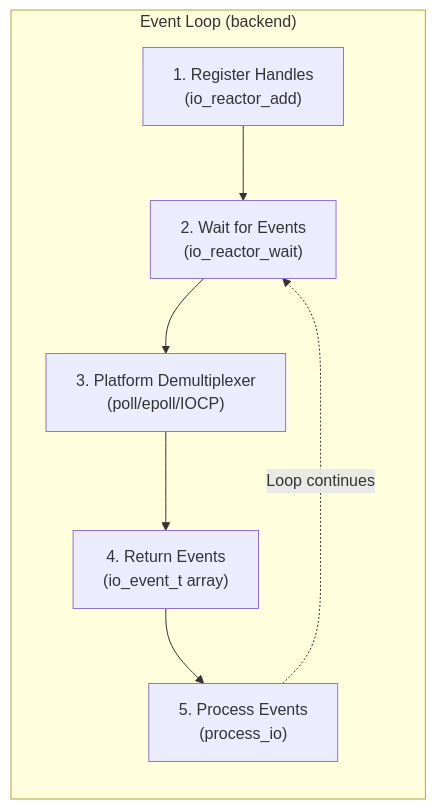
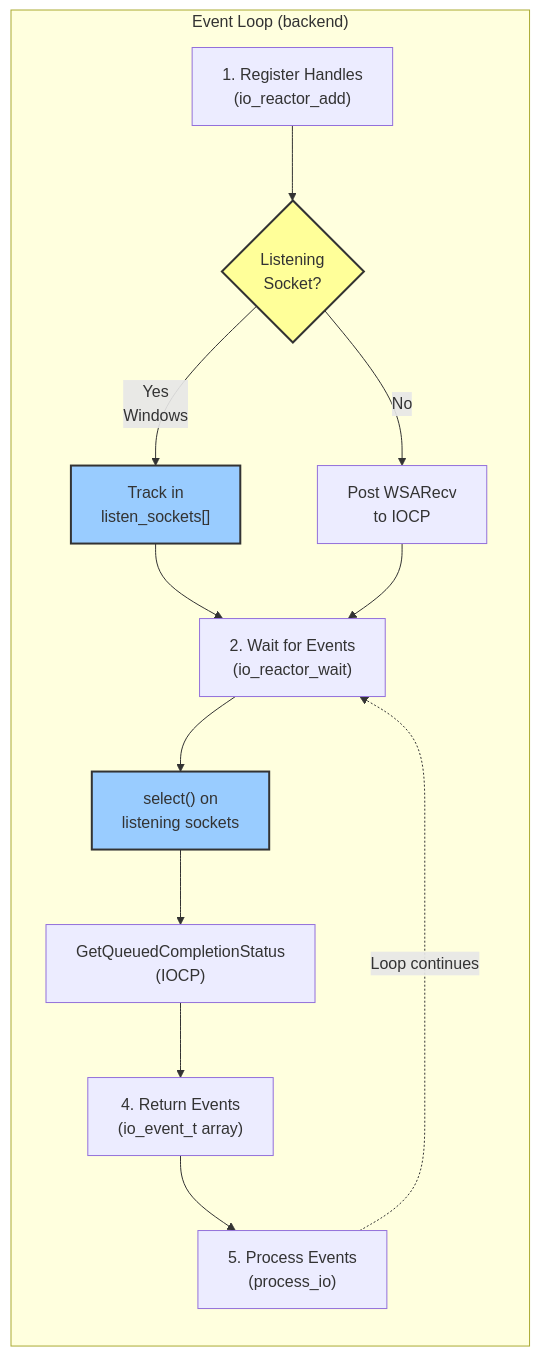
One commit to taedlar/neolith changed the diagram in docs/manual/io-reactor.md. Above: the diagram before and after it, drawn with Mermaid. The commit also changed other lines of this file and 9 other files, not shown here.

First line of the commit message:
fix: io reactor for listen socket on windows (#212)

````diff
--- a/docs/manual/io-reactor.md
+++ b/docs/manual/io-reactor.md
@@ -63,17 +65,30 @@
 ```mermaid
 graph TB
     subgraph "Event Loop (backend)"
         direction TB
         Register["1. Register Handles<br/>(io_reactor_add)"]
+        Detect{"Listening<br/>Socket?"}
+        TrackListen["Track in<br/>listen_sockets[]"]
+        PostIOCP["Post WSARecv<br/>to IOCP"]
         Wait["2. Wait for Events<br/>(io_reactor_wait)"]
-        Demux["3. Platform Demultiplexer<br/>(poll/epoll/IOCP)"]
+        CheckListen["select() on<br/>listening sockets"]
+        CheckIOCP["GetQueuedCompletionStatus<br/>(IOCP)"]
         Return["4. Return Events<br/>(io_event_t array)"]
         Process["5. Process Events<br/>(process_io)"]
         
-        Register --> Wait
-        Wait --> Demux
-        Demux --> Return
+        Register --> Detect
+        Detect -->|Yes<br/>Windows| TrackListen
+        Detect -->|No| PostIOCP
+        TrackListen --> Wait
+        PostIOCP --> Wait
+        Wait --> CheckListen
+        CheckListen --> CheckIOCP
+        CheckIOCP --> Return
         Return --> Process
         Process -.->|"Loop continues"| Wait
     end
+    
+    style Detect fill:#ff9,stroke:#333,stroke-width:2px
+    style TrackListen fill:#9cf,stroke:#333,stroke-width:2px
+    style CheckListen fill:#9cf,stroke:#333,stroke-width:2px
 ```
````
